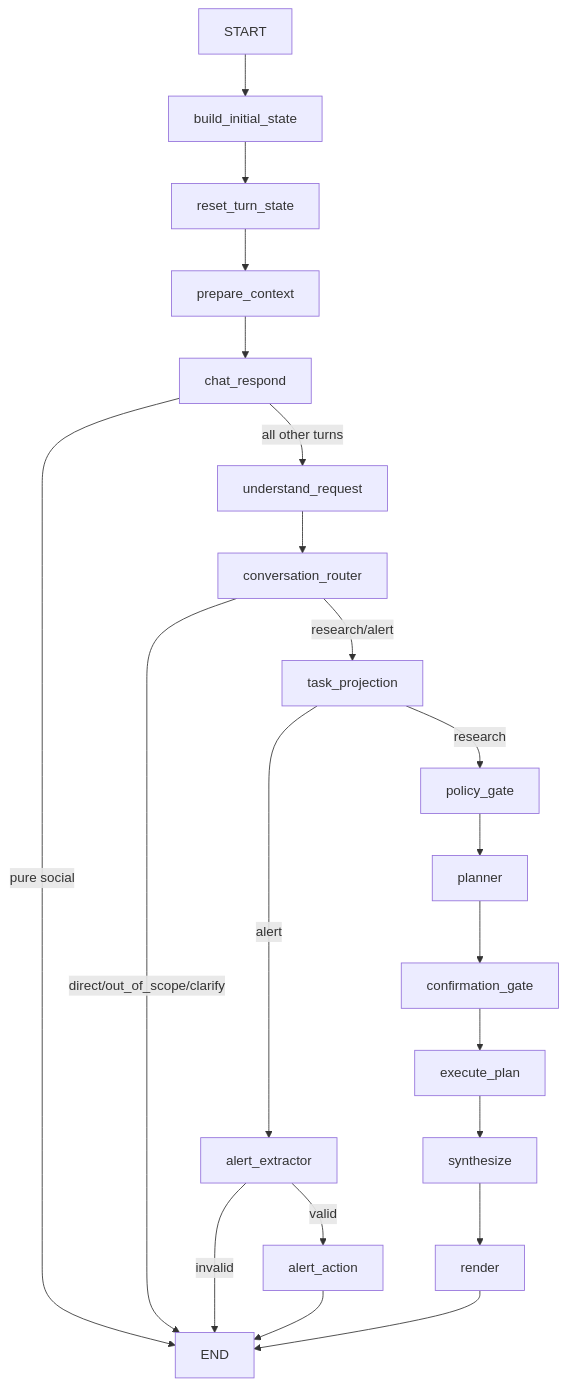
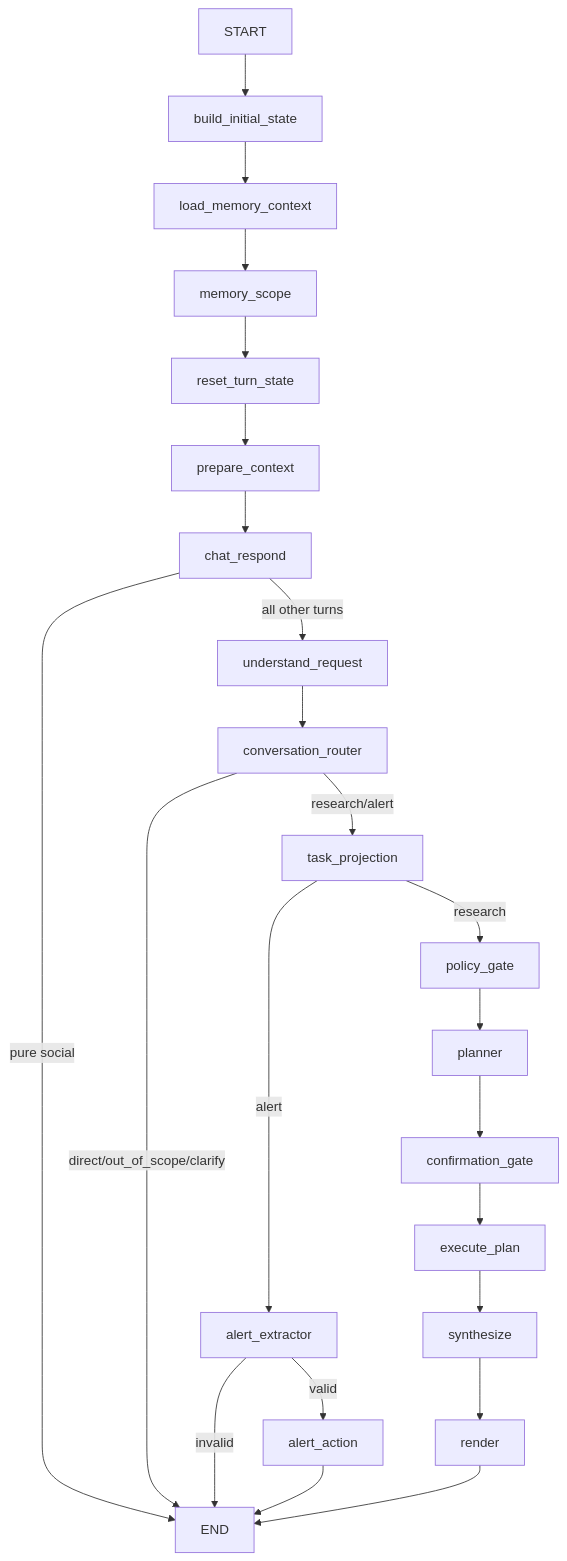
One commit to kkkano/FinSight changed the second of 11 diagrams in docs/01_ARCHITECTURE.md. Above: the diagram before and after it, drawn with Mermaid. The commit also changed other lines of this file and 34 other files, not shown here.

````diff
--- a/docs/01_ARCHITECTURE.md
+++ b/docs/01_ARCHITECTURE.md
@@ -57,23 +62,25 @@
 ```mermaid
 flowchart TD
   START --> build_initial_state
-  build_initial_state --> reset_turn_state
+  build_initial_state --> load_memory_context
+  load_memory_context --> memory_scope
+  memory_scope --> reset_turn_state
   reset_turn_state --> prepare_context
   prepare_context --> chat_respond
   chat_respond -->|pure social| END
   chat_respond -->|all other turns| understand_request
   understand_request --> conversation_router
   conversation_router -->|direct/out_of_scope/clarify| END
   conversation_router -->|research/alert| task_projection
   task_projection -->|alert| alert_extractor
   task_projection -->|research| policy_gate
   alert_extractor -->|valid| alert_action
   alert_extractor -->|invalid| END
   alert_action --> END
   policy_gate --> planner
   planner --> confirmation_gate
   confirmation_gate --> execute_plan
   execute_plan --> synthesize
   synthesize --> render
   render --> END
 ```
````
